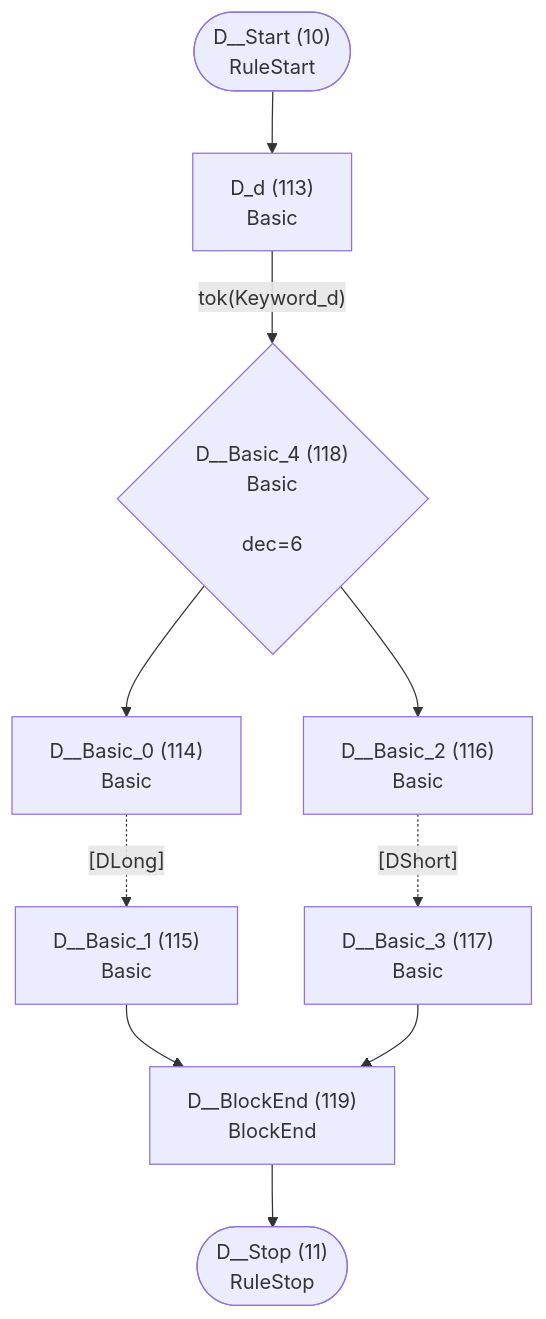
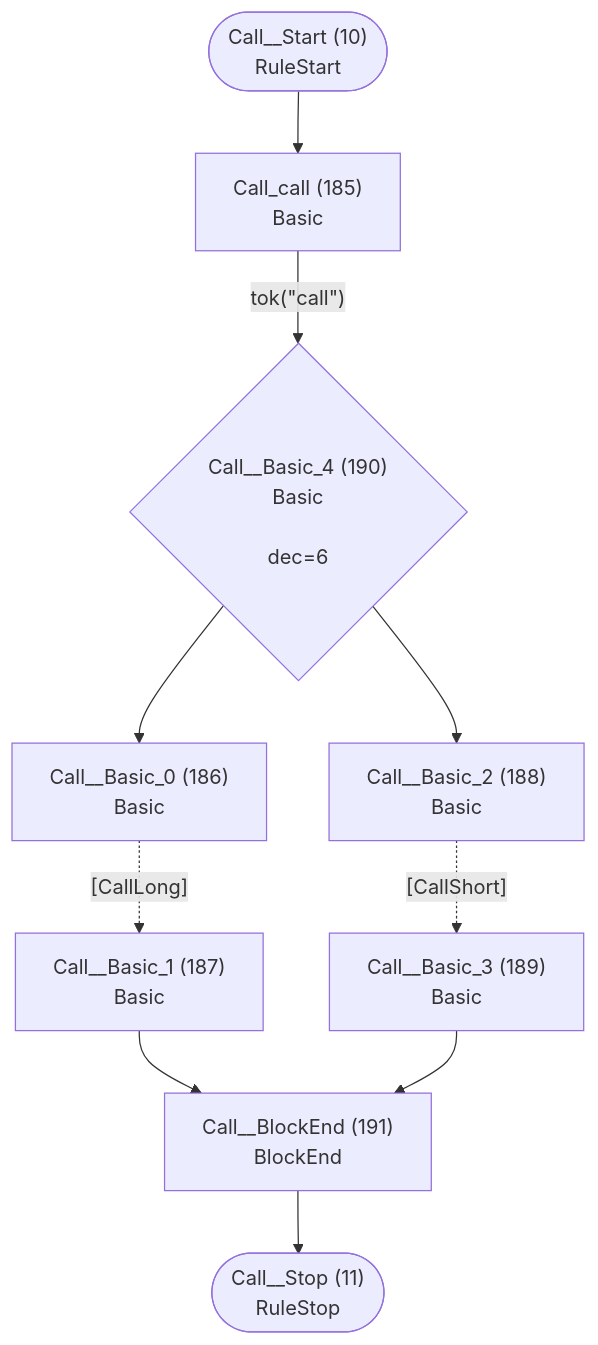
One commit to TypeFox/fastbelt changed the sixth of 46 diagrams in internal/languages/completion/atn.md. Above: the diagram before and after it, drawn with Mermaid. The commit also changed other lines of this file and 58 other files, not shown here.

````diff
--- a/internal/languages/completion/atn.md
+++ b/internal/languages/completion/atn.md
@@ -209,22 +274,22 @@
 ```mermaid
 flowchart TD
-    q10(["D__Start (10)<br/>RuleStart"])
-    q11(["D__Stop (11)<br/>RuleStop"])
-    q113["D_d (113)<br/>Basic<br/>"]
-    q114["D__Basic_0 (114)<br/>Basic<br/>"]
-    q115["D__Basic_1 (115)<br/>Basic<br/>"]
-    q116["D__Basic_2 (116)<br/>Basic<br/>"]
-    q117["D__Basic_3 (117)<br/>Basic<br/>"]
-    q118{"D__Basic_4 (118)<br/>Basic<br/><br/>dec=6"}
-    q119["D__BlockEnd (119)<br/>BlockEnd<br/>"]
+    q10(["Call__Start (10)<br/>RuleStart"])
+    q11(["Call__Stop (11)<br/>RuleStop"])
+    q185["Call_call (185)<br/>Basic<br/>"]
+    q186["Call__Basic_0 (186)<br/>Basic<br/>"]
+    q187["Call__Basic_1 (187)<br/>Basic<br/>"]
+    q188["Call__Basic_2 (188)<br/>Basic<br/>"]
+    q189["Call__Basic_3 (189)<br/>Basic<br/>"]
+    q190{"Call__Basic_4 (190)<br/>Basic<br/><br/>dec=6"}
+    q191["Call__BlockEnd (191)<br/>BlockEnd<br/>"]
 
-    q10 --> q113
-    q113 -->|"tok(Keyword_d)"| q118
-    q114 -.->|"[DLong]"| q115
-    q115 --> q119
-    q116 -.->|"[DShort]"| q117
-    q117 --> q119
-    q118 --> q114
-    q118 --> q116
-    q119 --> q11
+    q10 --> q185
+    q185 -->|"tok(&quot;call&quot;)"| q190
+    q186 -.->|"[CallLong]"| q187
+    q187 --> q191
+    q188 -.->|"[CallShort]"| q189
+    q189 --> q191
+    q190 --> q186
+    q190 --> q188
+    q191 --> q11
 ```
````
